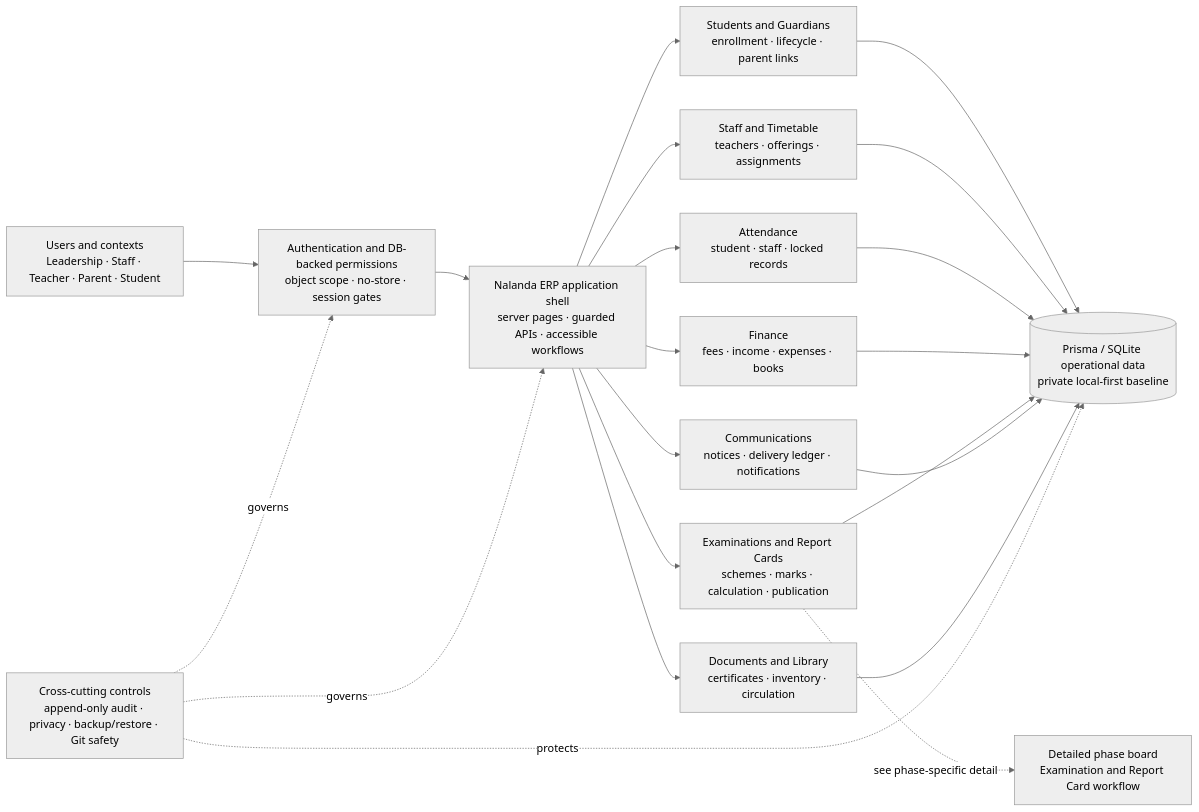
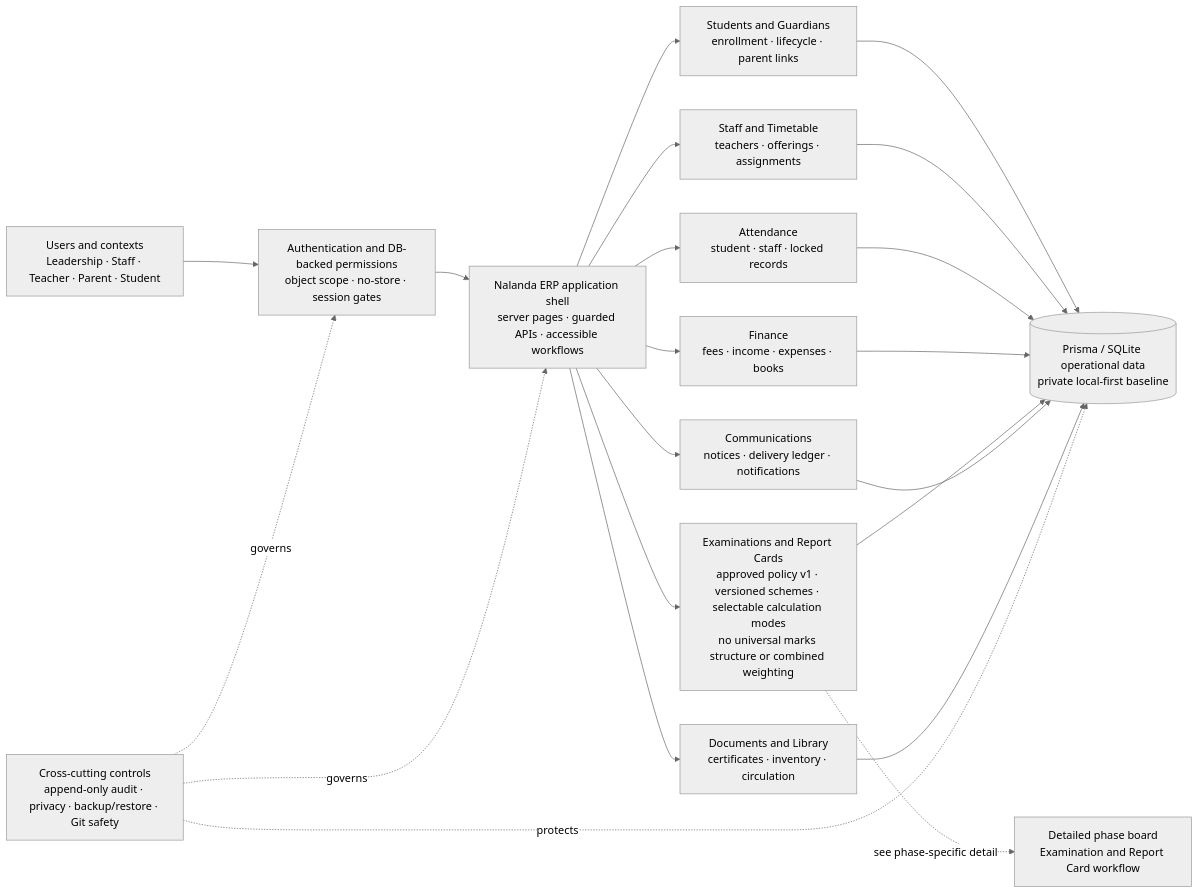
One commit to vsairohith67/nalanda-school-erp changed the diagram in docs/diagrams/NALANDA_ERP_SYSTEM_ARCHITECTURE.mmd. Above: the diagram before and after it, drawn with Mermaid (neutral theme). The commit also changed 7 other files, not shown here.

```diff
--- a/docs/diagrams/NALANDA_ERP_SYSTEM_ARCHITECTURE.mmd
+++ b/docs/diagrams/NALANDA_ERP_SYSTEM_ARCHITECTURE.mmd
@@ -1,35 +1,35 @@
 flowchart LR
   USERS["Users and contexts<br/>Leadership · Staff · Teacher · Parent · Student"]
   AUTH["Authentication and DB-backed permissions<br/>object scope · no-store · session gates"]
   SHELL["Nalanda ERP application shell<br/>server pages · guarded APIs · accessible workflows"]
   STUDENTS["Students and Guardians<br/>enrollment · lifecycle · parent links"]
   STAFF["Staff and Timetable<br/>teachers · offerings · assignments"]
   ATTENDANCE["Attendance<br/>student · staff · locked records"]
   FINANCE["Finance<br/>fees · income · expenses · books"]
-  EXAMS["Examinations and Report Cards<br/>schemes · marks · calculation · publication"]
+  EXAMS["Examinations and Report Cards<br/>approved policy v1 · versioned schemes · selectable calculation modes<br/>no universal marks structure or combined weighting"]
   COMMS["Communications<br/>notices · delivery ledger · notifications"]
   DOCS["Documents and Library<br/>certificates · inventory · circulation"]
   AUDIT["Cross-cutting controls<br/>append-only audit · privacy · backup/restore · Git safety"]
   DATA[("Prisma / SQLite operational data<br/>private local-first baseline")]
   DETAIL["Detailed phase board<br/>Examination and Report Card workflow"]
 
   USERS --> AUTH --> SHELL
   SHELL --> STUDENTS
   SHELL --> STAFF
   SHELL --> ATTENDANCE
   SHELL --> FINANCE
   SHELL --> EXAMS
   SHELL --> COMMS
   SHELL --> DOCS
   STUDENTS --> DATA
   STAFF --> DATA
   ATTENDANCE --> DATA
   FINANCE --> DATA
   EXAMS --> DATA
   COMMS --> DATA
   DOCS --> DATA
   AUDIT -. governs .-> AUTH
   AUDIT -. governs .-> SHELL
   AUDIT -. protects .-> DATA
   EXAMS -. see phase-specific detail .-> DETAIL
   click DETAIL href "EXAMINATION_REPORT_CARD_WORKFLOW.mmd" "Open detailed workflow source"
```
